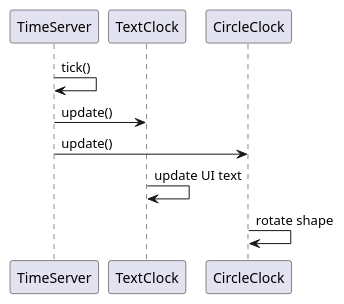
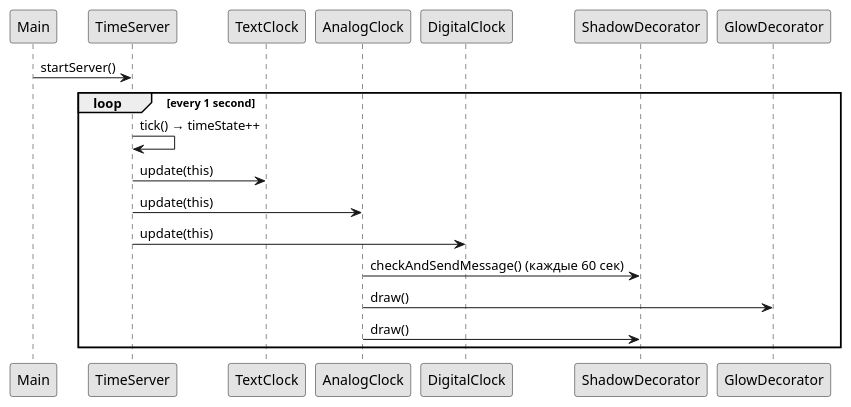
The diagram in uml/sequence_diagram.puml (Titan0zxc/timeserverfx), drawn with PlantUML before and after one commit. The commit also changed 6 other files, not shown here.

Commit message:
Изменил диаграммы

```diff
--- a/uml/sequence_diagram.puml
+++ b/uml/sequence_diagram.puml
@@ -1,14 +1,23 @@
 @startuml
+skinparam monochrome true
 
+participant Main
 participant TimeServer
 participant TextClock
-participant CircleClock
+participant AnalogClock
+participant DigitalClock
+participant ShadowDecorator
 
-TimeServer -> TimeServer : tick()
-TimeServer -> TextClock : update()
-TimeServer -> CircleClock : update()
+Main -> TimeServer: startServer()
 
-TextClock -> TextClock : update UI text
-CircleClock -> CircleClock : rotate shape
+loop every 1 second
+    TimeServer -> TimeServer: tick() → timeState++
+    TimeServer -> TextClock: update(this)
+    TimeServer -> AnalogClock: update(this)
+    TimeServer -> DigitalClock: update(this)
+    AnalogClock -> ShadowDecorator: checkAndSendMessage() (каждые 60 сек)
+    AnalogClock -> GlowDecorator: draw()
+    AnalogClock -> ShadowDecorator: draw()
+end
 
 @enduml
```
